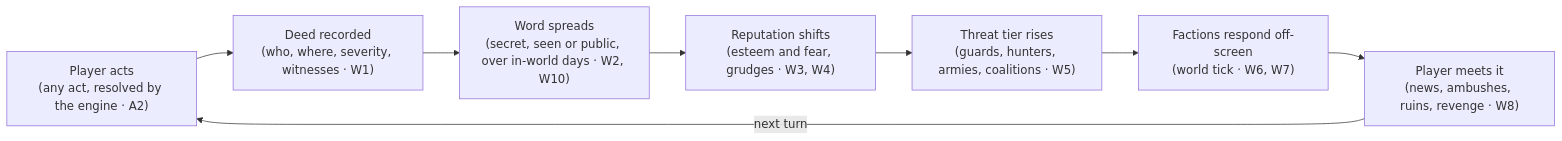
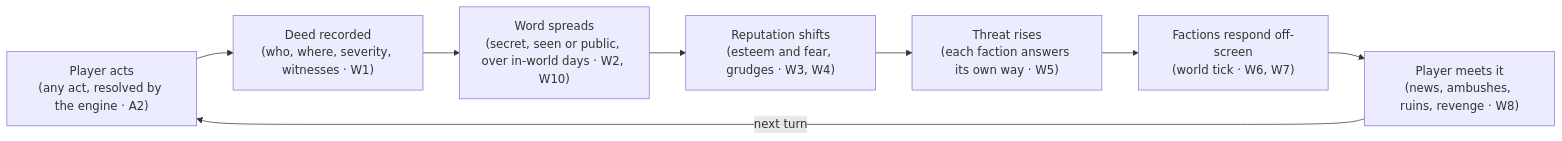
Before and after one commit to Mikigb77/PlayableAnime: the diagram in docs/REQUIREMENTS.md, drawn with Mermaid. The commit also changed other lines of this file and 1 other file, not shown here.

````diff
--- a/docs/REQUIREMENTS.md
+++ b/docs/REQUIREMENTS.md
@@ -125,10 +132,10 @@
 ```mermaid
 flowchart LR
   act["Player acts<br/>(any act, resolved by the engine · A2)"] --> deed["Deed recorded<br/>(who, where, severity, witnesses · W1)"]
   deed --> spread["Word spreads<br/>(secret, seen or public, over in-world days · W2, W10)"]
   spread --> rep["Reputation shifts<br/>(esteem and fear, grudges · W3, W4)"]
-  rep --> threat["Threat tier rises<br/>(guards, hunters, armies, coalitions · W5)"]
+  rep --> threat["Threat rises<br/>(each faction answers its own way · W5)"]
   threat --> tick["Factions respond off-screen<br/>(world tick · W6, W7)"]
   tick --> meet["Player meets it<br/>(news, ambushes, ruins, revenge · W8)"]
   meet -- next turn --> act
 ```
````
